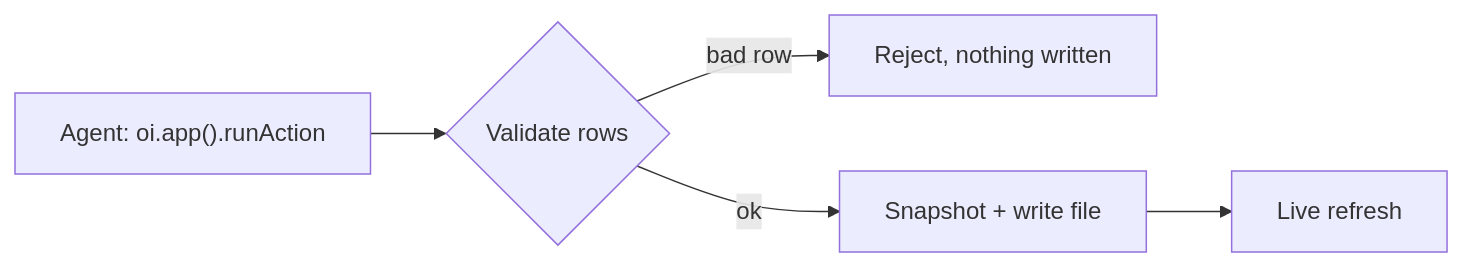
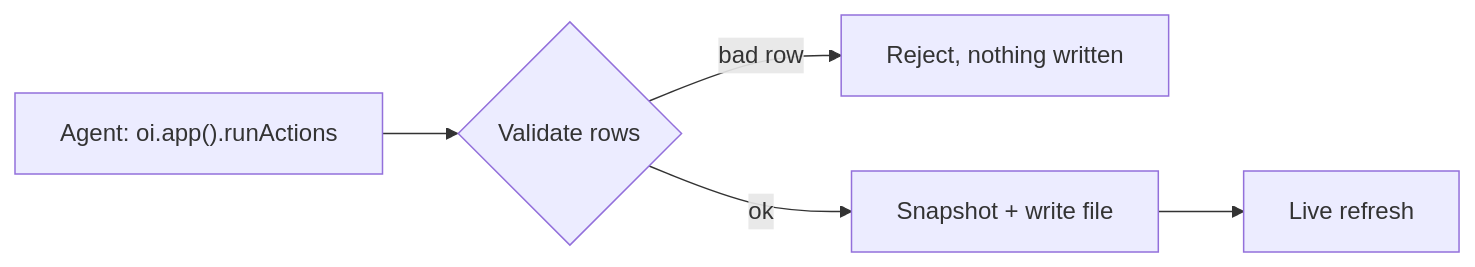
One commit to lukaisailovic/openislands changed the diagram in apps/docs/content/docs/data/actions.mdx. Above: the diagram before and after it, drawn with Mermaid. The commit also changed other lines of this file and 13 other files, not shown here.

First line of the commit message:
docs: document runActions and drop runAction across docs, skill, and templates

````diff
--- a/apps/docs/content/docs/data/actions.mdx
+++ b/apps/docs/content/docs/data/actions.mdx
@@ -11,7 +11,7 @@
 ```mermaid
 flowchart LR
-  A["Agent: oi.app().runAction"] --> V{Validate rows}
+  A["Agent: oi.app().runActions"] --> V{Validate rows}
   V -- bad row --> X[Reject, nothing written]
   V -- ok --> S[Snapshot + write file]
   S --> L[Live refresh]
 ```
````
